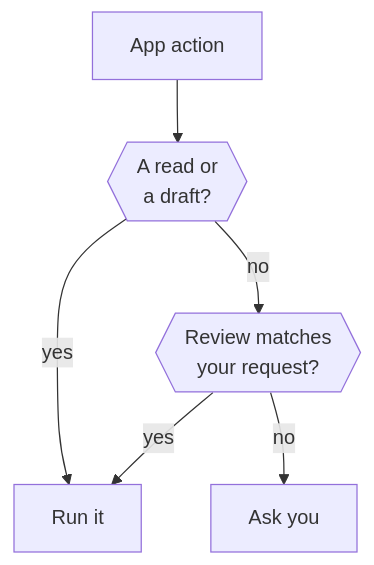
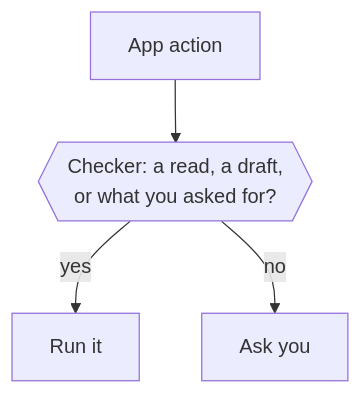
Before and after one commit to n8n-io/nod: the first of 2 diagrams in docs/src/content/docs/trust/approvals.mdx, drawn with Mermaid. The commit also changed other lines of this file and 12 other files, not shown here.

First line of the commit message:
feat(trust)!: one checker model decides every app action

````diff
--- a/docs/src/content/docs/trust/approvals.mdx
+++ b/docs/src/content/docs/trust/approvals.mdx
@@ -35,8 +34,6 @@
 ```mermaid
 flowchart TD
-  action[App action] --> kind{{A read or<br/>a draft?}}
-  kind -- yes --> run[Run it]:::go
-  kind -- no --> review{{Review matches<br/>your request?}}
-  review -- yes --> run
-  review -- no --> ask[Ask you]:::accent
+  action[App action] --> check{{Checker: a read, a draft,<br/>or what you asked for?}}
+  check -- yes --> run[Run it]:::go
+  check -- no --> ask[Ask you]:::accent
 ```
````
